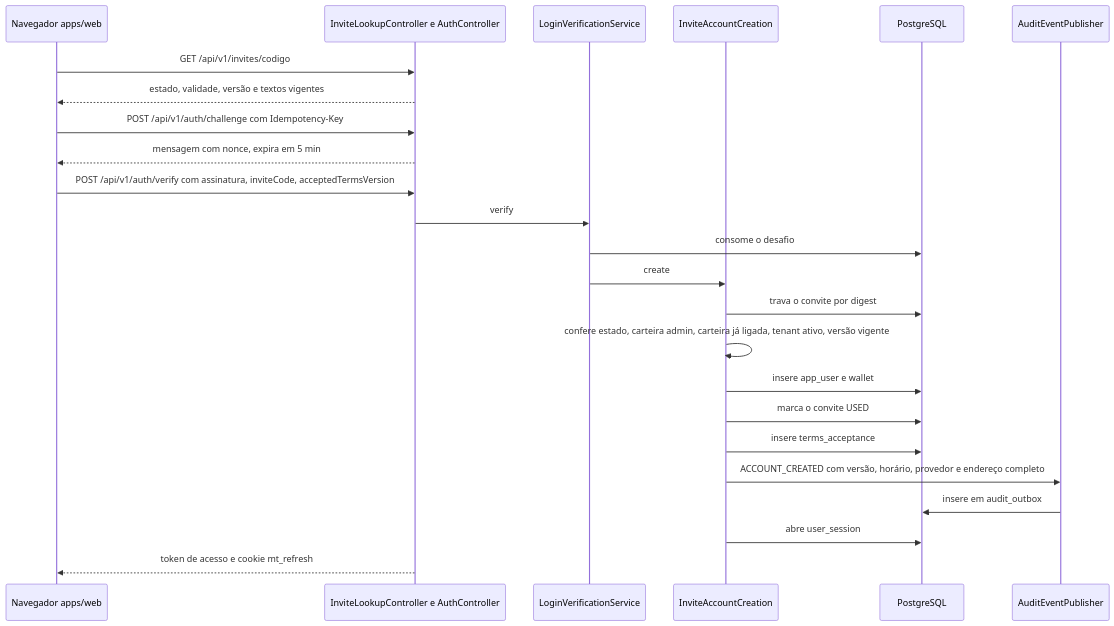
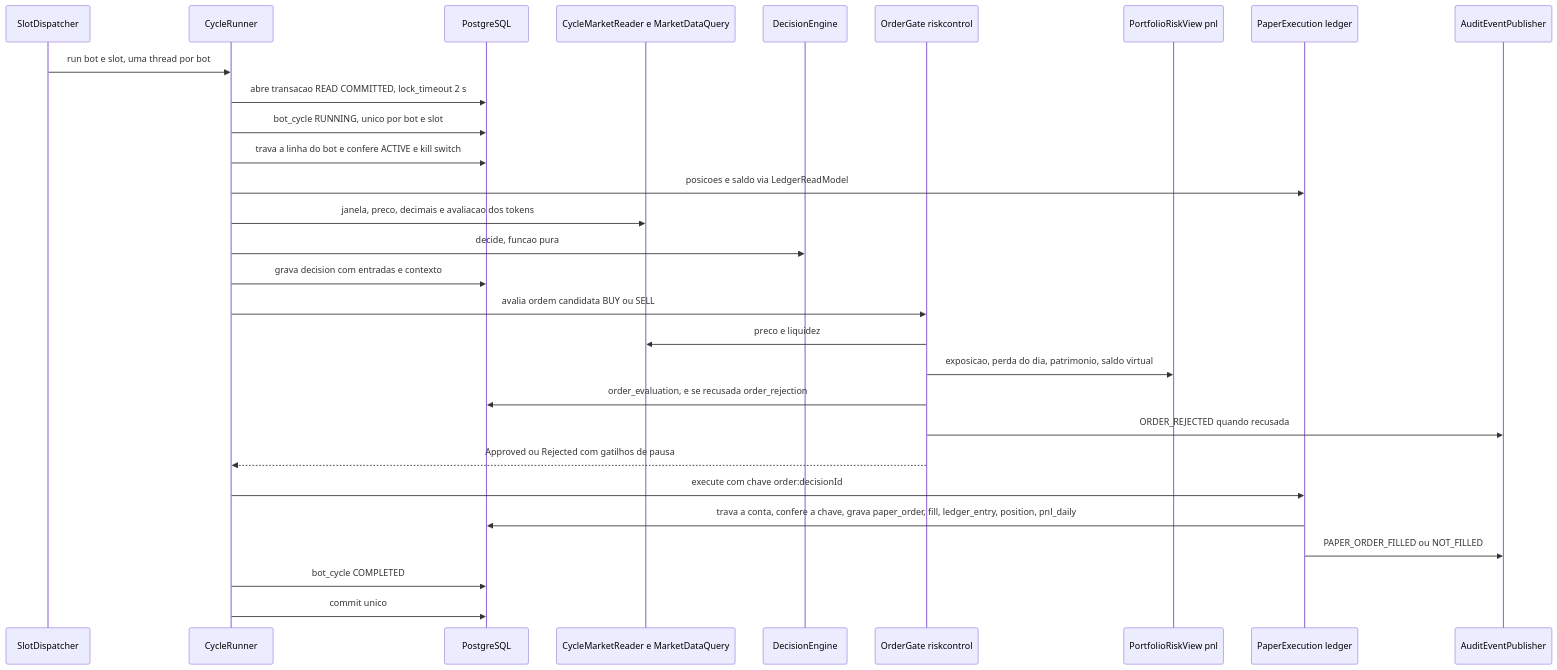
The second of 5 diagrams in aidlc/spaces/default/codekb/eureka-trader-ai/architecture.md (rafaelcruz-net/eureka-trade-ai), drawn with Mermaid before and after one commit. The commit also changed other lines of this file and 824 other files, not shown here.

````diff
--- a/aidlc/spaces/default/codekb/eureka-trader-ai/architecture.md
+++ b/aidlc/spaces/default/codekb/eureka-trader-ai/architecture.md
@@ -164,26 +210,31 @@
 ```mermaid
 sequenceDiagram
-  participant B as Navegador apps/web
-  participant AC as InviteLookupController e AuthController
-  participant LV as LoginVerificationService
-  participant IC as InviteAccountCreation
+  participant SD as SlotDispatcher
+  participant CR as CycleRunner
   participant DB as PostgreSQL
-  participant AP as AuditEventPublisher
-  B->>AC: GET /api/v1/invites/codigo
-  AC-->>B: estado, validade, versão e textos vigentes
-  B->>AC: POST /api/v1/auth/challenge com Idempotency-Key
-  AC-->>B: mensagem com nonce, expira em 5 min
-  B->>AC: POST /api/v1/auth/verify com assinatura, inviteCode, acceptedTermsVersion
-  AC->>LV: verify
-  LV->>DB: consome o desafio
-  LV->>IC: create
-  IC->>DB: trava o convite por digest
-  IC->>IC: confere estado, carteira admin, carteira já ligada, tenant ativo, versão vigente
-  IC->>DB: insere app_user e wallet
-  IC->>DB: marca o convite USED
-  IC->>DB: insere terms_acceptance
-  IC->>AP: ACCOUNT_CREATED com versão, horário, provedor e endereço completo
-  AP->>DB: insere em audit_outbox
-  IC->>DB: abre user_session
-  AC-->>B: token de acesso e cookie mt_refresh
+  participant MK as CycleMarketReader e MarketDataQuery
+  participant DE as DecisionEngine
+  participant OG as OrderGate riskcontrol
+  participant PR as PortfolioRiskView pnl
+  participant PE as PaperExecution ledger
+  participant AU as AuditEventPublisher
+  SD->>CR: run bot e slot, uma thread por bot
+  CR->>DB: abre transacao READ COMMITTED, lock_timeout 2 s
+  CR->>DB: bot_cycle RUNNING, unico por bot e slot
+  CR->>DB: trava a linha do bot e confere ACTIVE e kill switch
+  CR->>PE: posicoes e saldo via LedgerReadModel
+  CR->>MK: janela, preco, decimais e avaliacao dos tokens
+  CR->>DE: decide, funcao pura
+  CR->>DB: grava decision com entradas e contexto
+  CR->>OG: avalia ordem candidata BUY ou SELL
+  OG->>MK: preco e liquidez
+  OG->>PR: exposicao, perda do dia, patrimonio, saldo virtual
+  OG->>DB: order_evaluation, e se recusada order_rejection
+  OG->>AU: ORDER_REJECTED quando recusada
+  OG-->>CR: Approved ou Rejected com gatilhos de pausa
+  CR->>PE: execute com chave order:decisionId
+  PE->>DB: trava a conta, confere a chave, grava paper_order, fill, ledger_entry, position, pnl_daily
+  PE->>AU: PAPER_ORDER_FILLED ou NOT_FILLED
+  CR->>DB: bot_cycle COMPLETED
+  CR->>DB: commit unico
 ```
````
